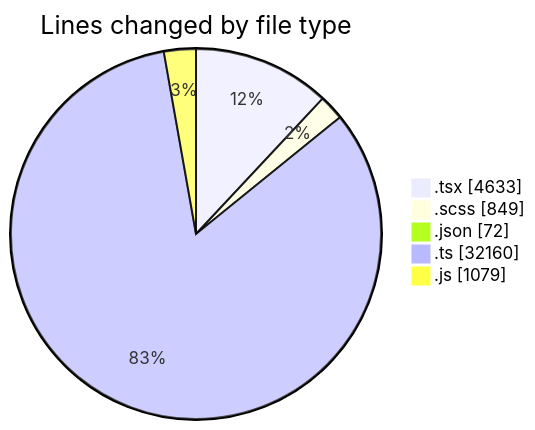
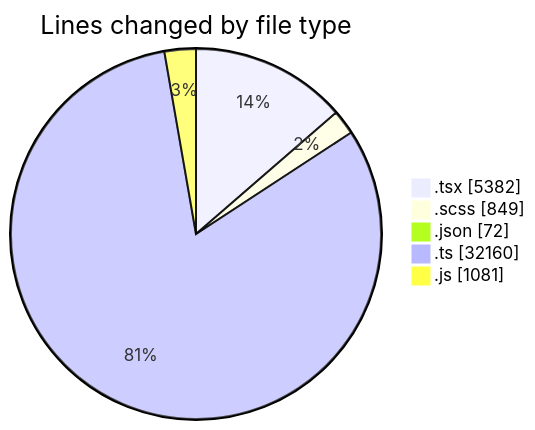
The first of 2 diagrams in 2026-10-20/cda/README.md (momahboobian/code-tracking), drawn with Mermaid before and after one commit. The commit also changed other lines of this file and 1 other file, not shown here.

````diff
--- a/2026-10-20/cda/README.md
+++ b/2026-10-20/cda/README.md
@@ -49,9 +50,9 @@
 ```mermaid
 pie showData
 title Lines changed by file type
-".tsx" : 4633
+".tsx" : 5382
 ".scss" : 849
 ".json" : 72
 ".ts" : 32160
-".js" : 1079
+".js" : 1081
 ```
````
